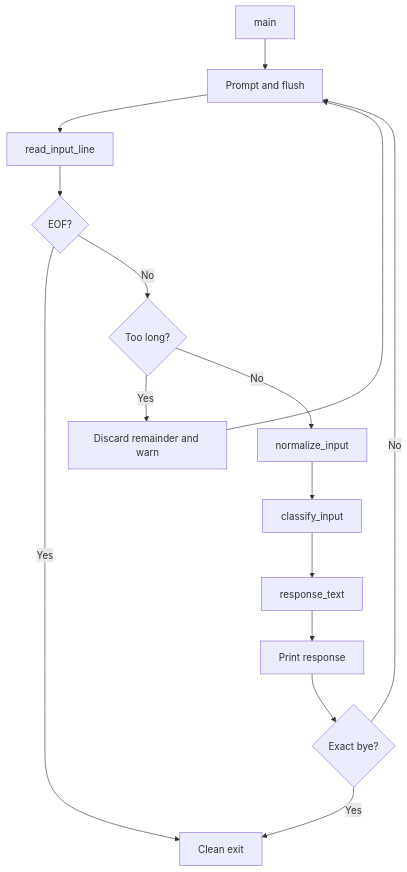
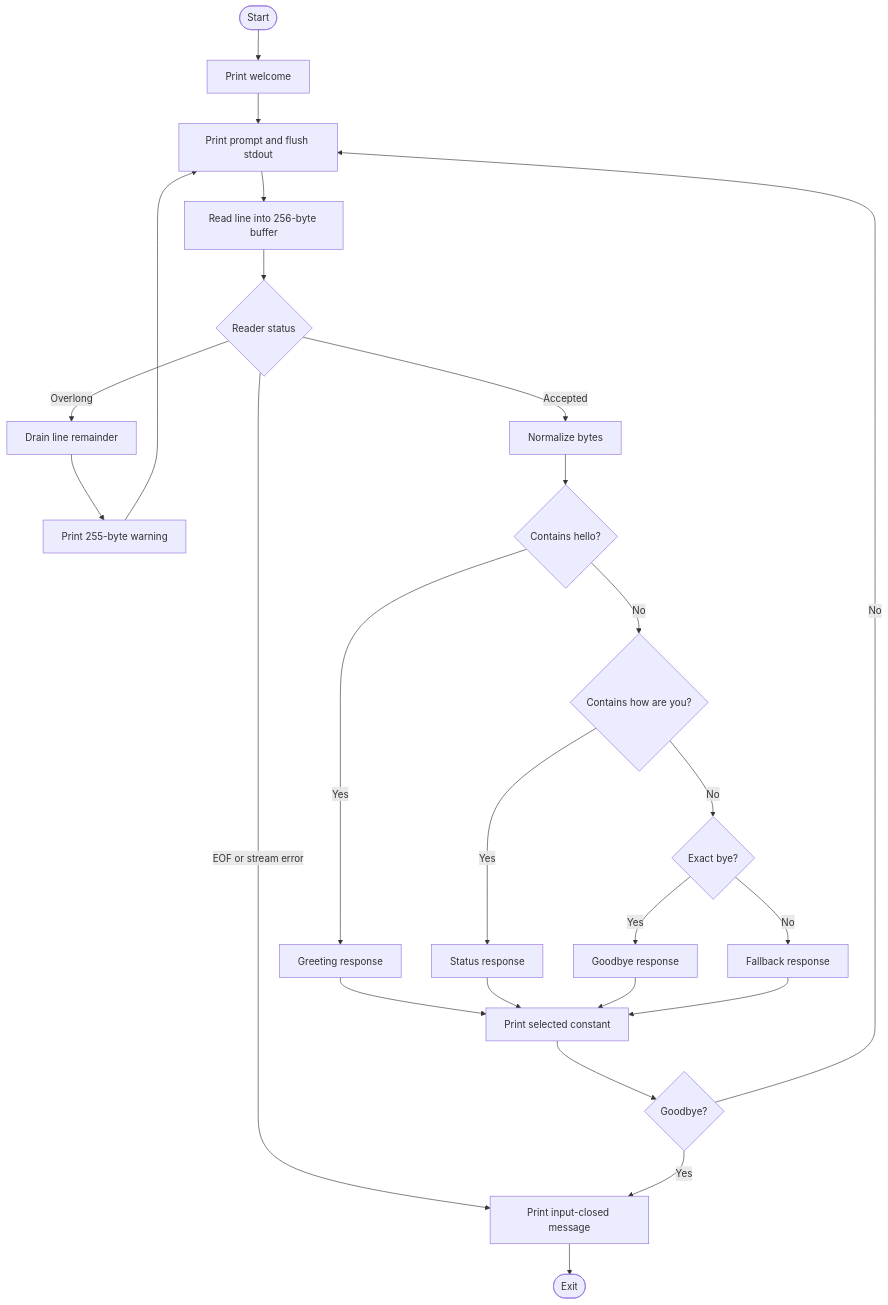
The second of 2 diagrams in docs/architecture.md (Brajesh31/chatbot-C-), drawn with Mermaid before and after one commit. The commit also changed other lines of this file and 4 other files, not shown here.

Commit message:
Deepen architecture, behavior, testing and function documentation

````diff
--- a/docs/architecture.md
+++ b/docs/architecture.md
@@ -7,17 +43,27 @@
-```mermaid
+~~~mermaid
 flowchart TD
- A[main] --> B[Prompt and flush]
- B --> C[read_input_line]
- C --> D{EOF?}
- D -->|Yes| E[Clean exit]
- D -->|No| F{Too long?}
- F -->|Yes| G[Discard remainder and warn]
- G --> B
- F -->|No| H[normalize_input]
- H --> I[classify_input]
- I --> J[response_text]
- J --> K[Print response]
- K --> L{Exact bye?}
- L -->|No| B
- L -->|Yes| E
-```
+ A([Start]) --> B[Print welcome]
+ B --> C[Print prompt and flush stdout]
+ C --> D[Read line into 256-byte buffer]
+ D --> E{Reader status}
+ E -->|EOF or stream error| Z[Print input-closed message]
+ E -->|Overlong| F[Drain line remainder]
+ F --> G[Print 255-byte warning]
+ G --> C
+ E -->|Accepted| H[Normalize bytes]
+ H --> I{Contains hello?}
+ I -->|Yes| J[Greeting response]
+ I -->|No| K{Contains how are you?}
+ K -->|Yes| L[Status response]
+ K -->|No| M{Exact bye?}
+ M -->|Yes| N[Goodbye response]
+ M -->|No| O[Fallback response]
+ J --> P[Print selected constant]
+ L --> P
+ N --> P
+ O --> P
+ P --> Q{Goodbye?}
+ Q -->|Yes| Z
+ Q -->|No| C
+ Z --> R([Exit])
+~~~
````
